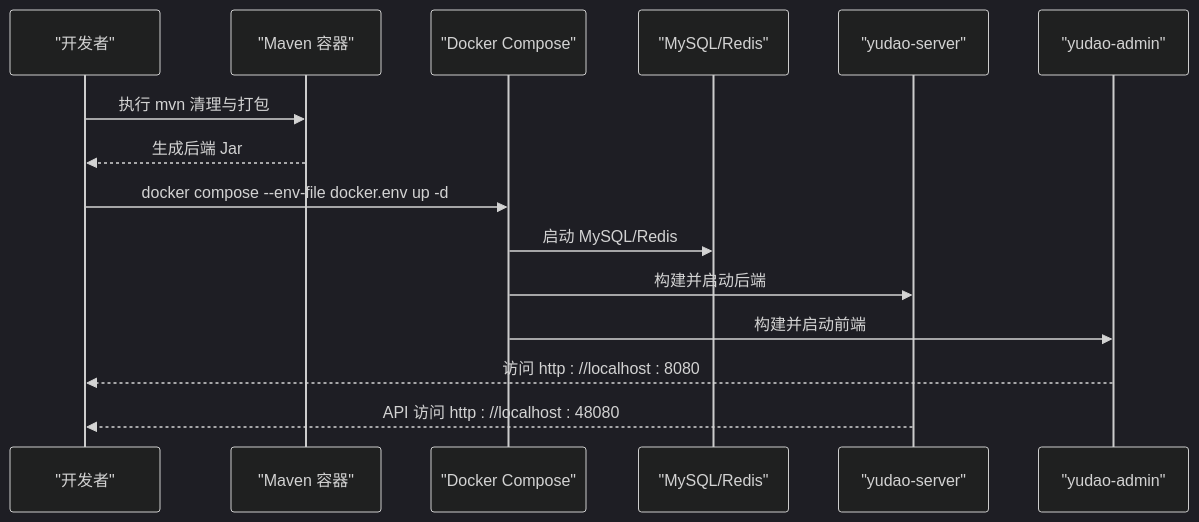
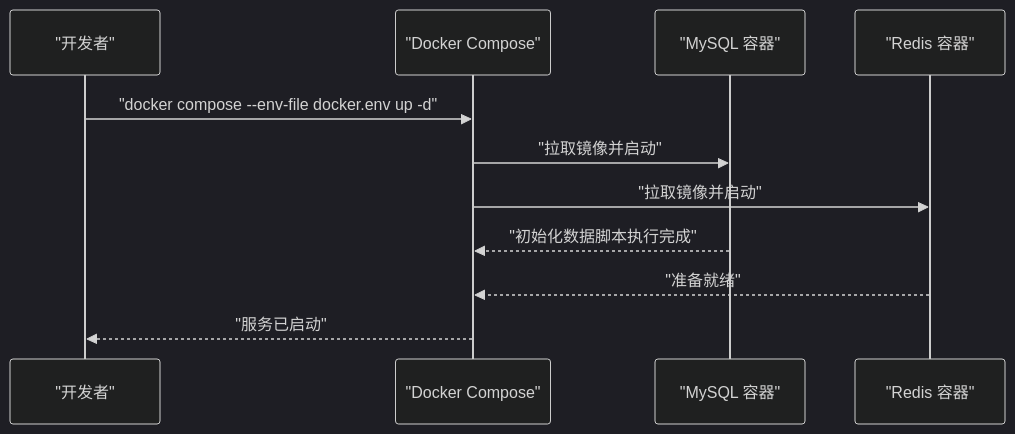
One commit to xiaoche80s-tech/rouyi-vue-pro changed the fourth of 8 diagrams in .qoder/repowiki/zh/content/部署运维/容器化部署.md. Above: the diagram before and after it, drawn with Mermaid (dark theme). The commit also changed other lines of this file and 840 other files, not shown here.

````diff
--- a/.qoder/repowiki/zh/content/部署运维/容器化部署.md
+++ b/.qoder/repowiki/zh/content/部署运维/容器化部署.md
@@ -164,17 +182,13 @@
 ```mermaid
 sequenceDiagram
 participant Dev as "开发者"
-participant Maven as "Maven 容器"
 participant Compose as "Docker Compose"
-participant DB as "MySQL/Redis"
-participant Server as "yudao-server"
-participant Admin as "yudao-admin"
-Dev->>Maven : 执行 mvn 清理与打包
-Maven-->>Dev : 生成后端 Jar
-Dev->>Compose : docker compose --env-file docker.env up -d
-Compose->>DB : 启动 MySQL/Redis
-Compose->>Server : 构建并启动后端
-Compose->>Admin : 构建并启动前端
-Admin-->>Dev : 访问 http : //localhost : 8080
-Server-->>Dev : API 访问 http : //localhost : 48080
+participant MySQL as "MySQL 容器"
+participant Redis as "Redis 容器"
+Dev->>Compose : "docker compose --env-file docker.env up -d"
+Compose->>MySQL : "拉取镜像并启动"
+Compose->>Redis : "拉取镜像并启动"
+MySQL-->>Compose : "初始化数据脚本执行完成"
+Redis-->>Compose : "准备就绪"
+Compose-->>Dev : "服务已启动"
 ```
````
